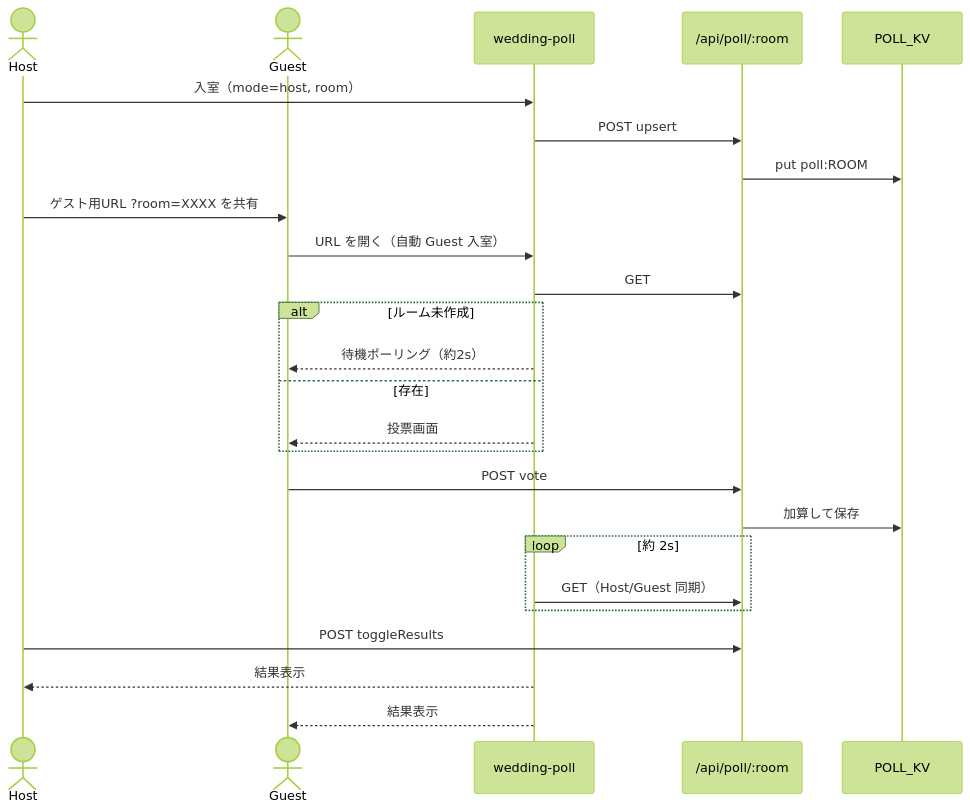
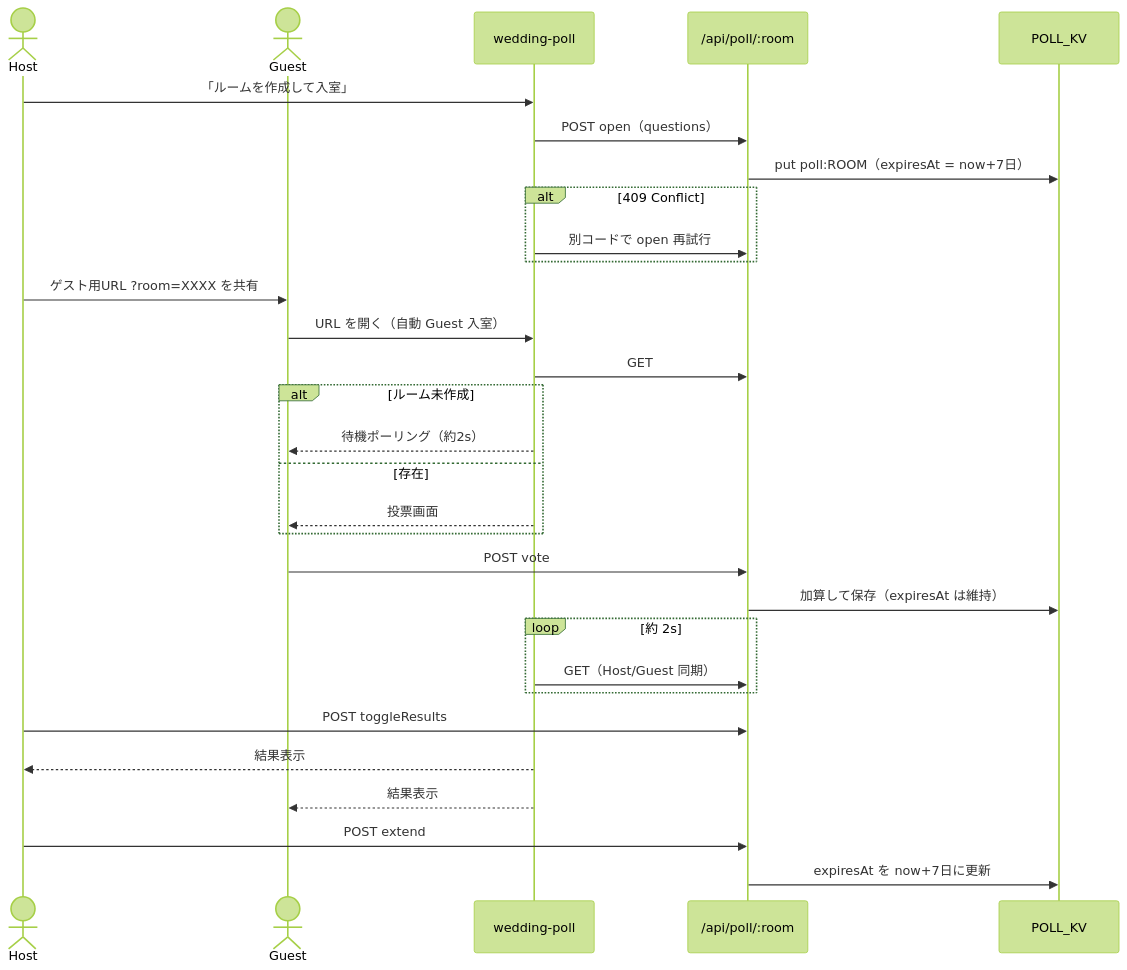
Before and after one commit to nozomi-ru/party-entertainment-hub: the second of 2 diagrams in docs/design.md, drawn with Mermaid (forest theme). The commit also changed other lines of this file and 71 other files, not shown here.

First line of the commit message:
Add room auto-create, deletion deadlines with extend, and graph app.

````diff
--- a/docs/design.md
+++ b/docs/design.md
@@ -434,30 +440,35 @@
 ```mermaid
 sequenceDiagram
   actor H as Host
   actor G as Guest
   participant UI as wedding-poll
   participant API as /api/poll/:room
   participant KV as POLL_KV
 
-  H->>UI: 入室（mode=host, room）
-  UI->>API: POST upsert
-  API->>KV: put poll:ROOM
+  H->>UI: 「ルームを作成して入室」
+  UI->>API: POST open（questions）
+  API->>KV: put poll:ROOM（expiresAt = now+7日）
+  alt 409 Conflict
+    UI->>API: 別コードで open 再試行
+  end
   H->>G: ゲスト用URL ?room=XXXX を共有
 
   G->>UI: URL を開く（自動 Guest 入室）
   UI->>API: GET
   alt ルーム未作成
     UI-->>G: 待機ポーリング（約2s）
   else 存在
     UI-->>G: 投票画面
   end
 
   G->>API: POST vote
-  API->>KV: 加算して保存
+  API->>KV: 加算して保存（expiresAt は維持）
   loop 約 2s
     UI->>API: GET（Host/Guest 同期）
   end
   H->>API: POST toggleResults
   UI-->>H: 結果表示
   UI-->>G: 結果表示
+  H->>API: POST extend
+  API->>KV: expiresAt を now+7日に更新
 ```
````
